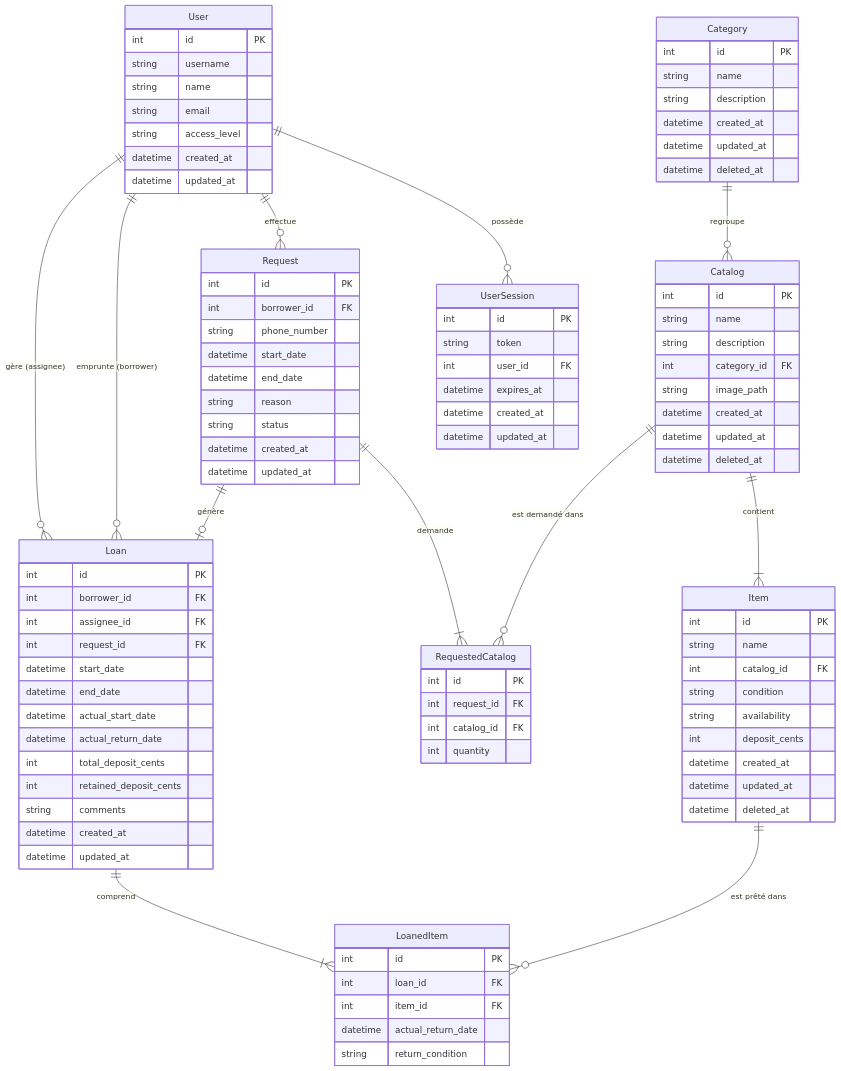
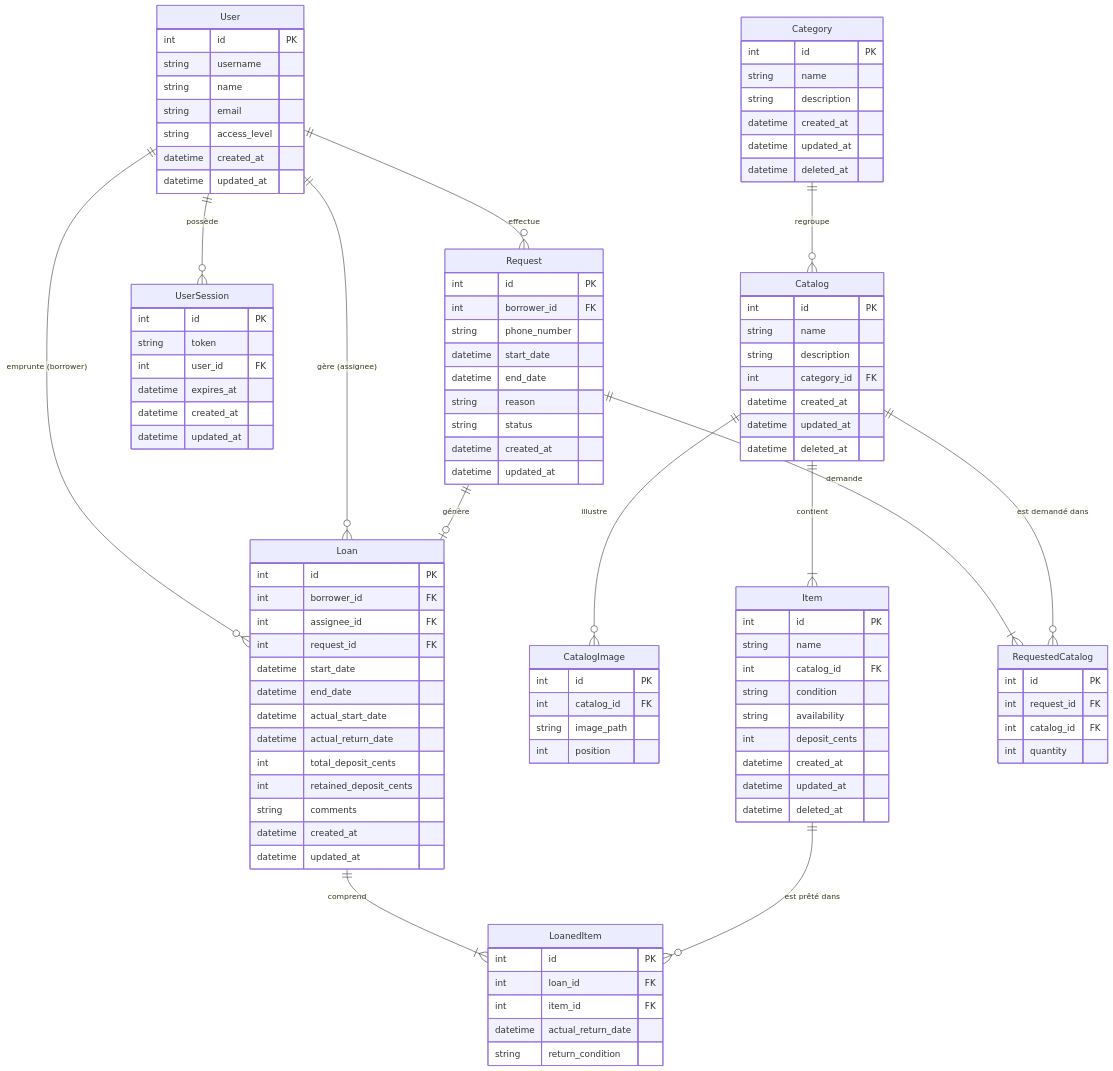
One commit to le-clap/matos-clap changed the diagram in README.md. Above: the diagram before and after it, drawn with Mermaid. The commit also changed other lines of this file and 18 other files, not shown here.

```diff
--- a/README.md
+++ b/README.md
@@ -25,6 +25,7 @@
 erDiagram
     Category ||--o{ Catalog: "regroupe"
     Catalog ||--|{ Item: "contient"
+    Catalog ||--o{ CatalogImage: "illustre"
     User ||--o{ UserSession: "possède"
     User ||--o{ Request: "effectue"
     User ||--o{ Loan: "emprunte (borrower)"
@@ -68,10 +69,16 @@
         string name
         string description
         int category_id FK
-        string image_path
         datetime created_at
         datetime updated_at
         datetime deleted_at
+    }
+
+    CatalogImage {
+        int id PK
+        int catalog_id FK
+        string image_path
+        int position
     }
 
     Item {
```
